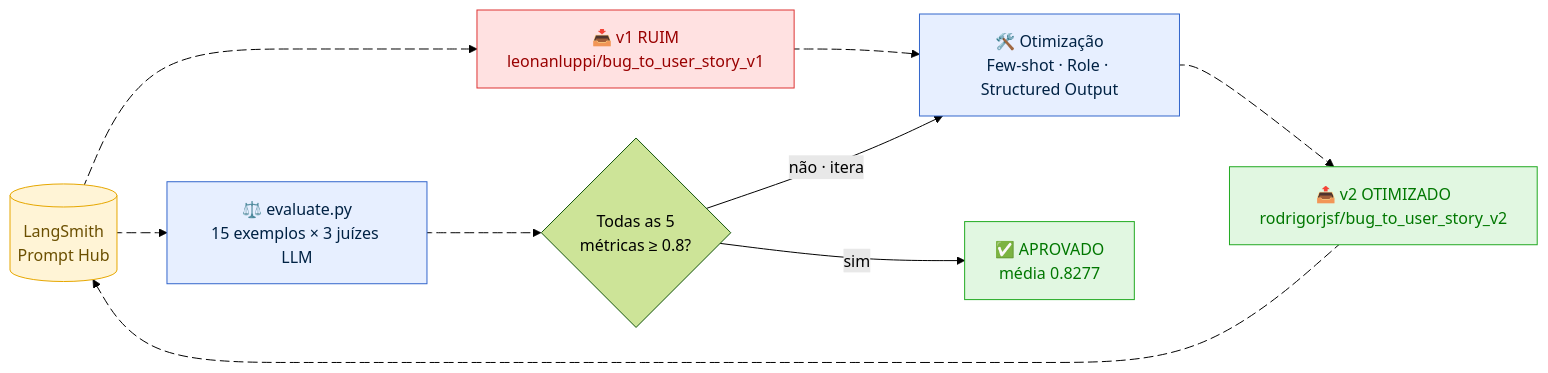
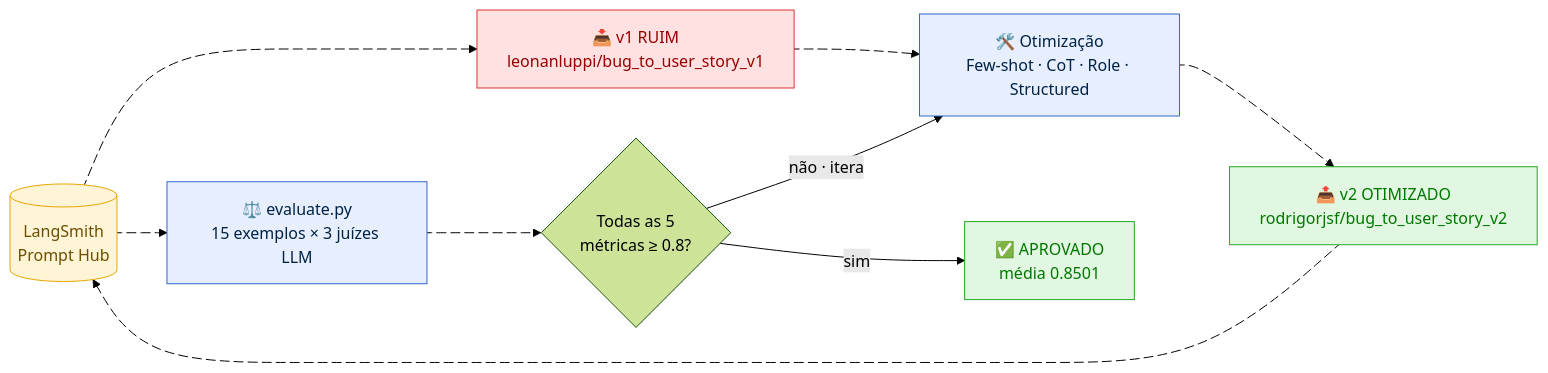
Before and after one commit to rodrigorjsf/mba-ia-pull-evaluation-prompt: the first of 3 diagrams in README.md, drawn with Mermaid (forest theme). The commit also changed other lines of this file and 14 other files, not shown here.

````diff
--- a/README.md
+++ b/README.md
@@ -13,35 +14,35 @@
 ```mermaid
 flowchart LR
     Hub[("LangSmith<br/>Prompt Hub")]
     V1["📥 v1 RUIM<br/>leonanluppi/bug_to_user_story_v1"]
-    OPT["🛠️ Otimização<br/>Few-shot · Role · Structured Output"]
+    OPT["🛠️ Otimização<br/>Few-shot · CoT · Role · Structured"]
     V2["📤 v2 OTIMIZADO<br/>rodrigorjsf/bug_to_user_story_v2"]
     EVAL["⚖️ evaluate.py<br/>15 exemplos × 3 juízes LLM"]
     GATE{"Todas as 5<br/>métricas ≥ 0.8?"}
-    DONE["✅ APROVADO<br/>média 0.8277"]
+    DONE["✅ APROVADO<br/>média 0.8501"]
 
     Hub e1@--> V1
     V1 e2@--> OPT
     OPT e3@--> V2
     V2 e4@--> Hub
     Hub e5@--> EVAL
     EVAL e6@--> GATE
     GATE -->|"não · itera"| OPT
     GATE -->|sim| DONE
 
     e1@{ animate: true }
     e2@{ animate: true }
     e3@{ animate: true }
     e4@{ animate: true }
     e5@{ animate: true }
     e6@{ animate: true }
 
     classDef bad  fill:#ffe1e1,stroke:#d33,color:#900
     classDef good fill:#e1f7e1,stroke:#2a2,color:#070
     classDef proc fill:#e7efff,stroke:#36c,color:#024
     classDef hub  fill:#fff4d6,stroke:#e6a700,color:#6b4f00
     class V1 bad
     class V2,DONE good
     class OPT,EVAL proc
     class Hub hub
 ```
````
